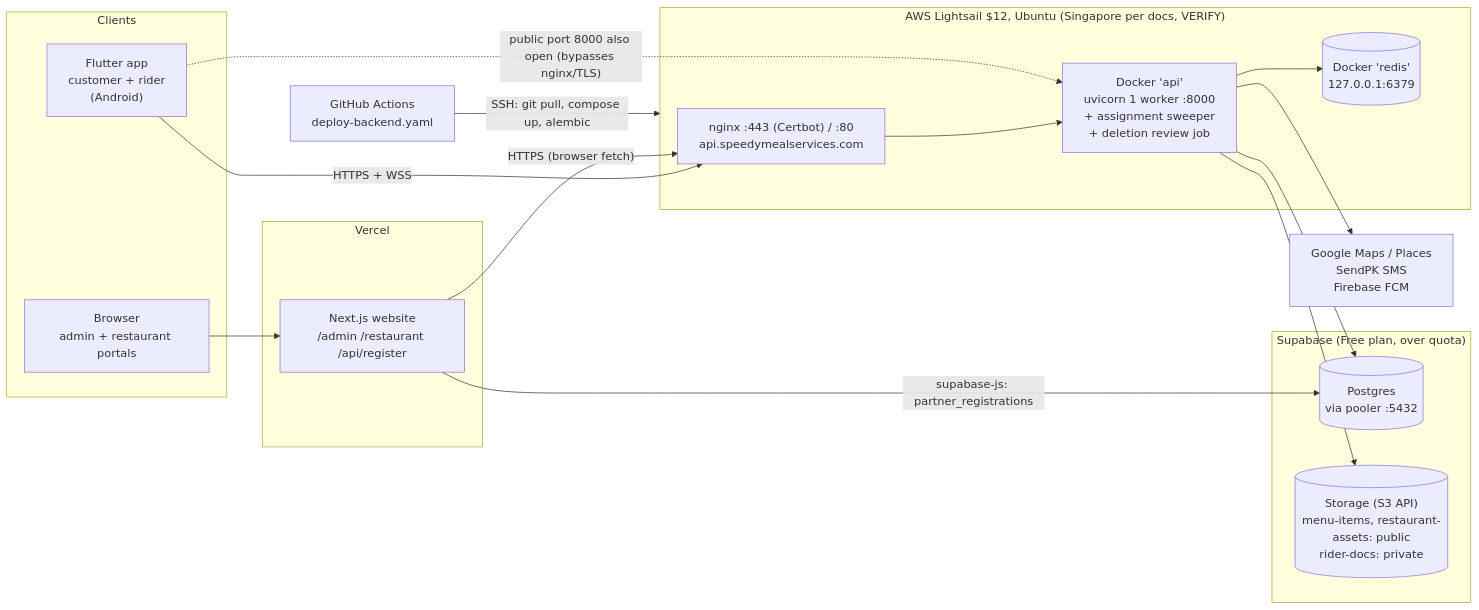
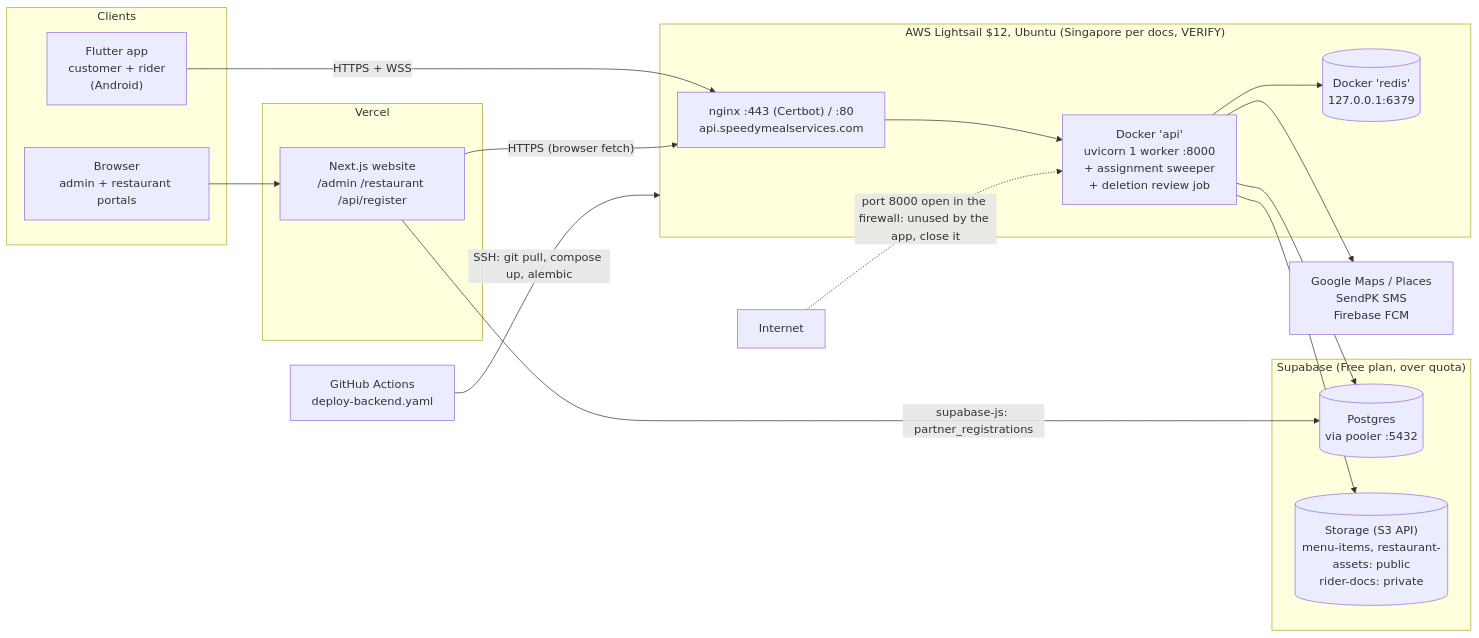
Before and after one commit to studenttoanalyst/speedymeals: the diagram in docs/onboarding/DEVOPS_ONBOARDING.md, drawn with Mermaid. The commit also changed other lines of this file and 3 other files, not shown here.

````diff
--- a/docs/onboarding/DEVOPS_ONBOARDING.md
+++ b/docs/onboarding/DEVOPS_ONBOARDING.md
@@ -20,33 +20,33 @@
 ```mermaid
 flowchart LR
   subgraph Clients
     MA["Flutter app<br/>customer + rider<br/>(Android)"]
     WB["Browser<br/>admin + restaurant portals"]
   end
   subgraph Vercel
     WEB["Next.js website<br/>/admin /restaurant /api/register"]
   end
   subgraph LS["AWS Lightsail $12, Ubuntu (Singapore per docs, VERIFY)"]
     NGX["nginx :443 (Certbot) / :80<br/>api.speedymealservices.com"]
     API["Docker 'api'<br/>uvicorn 1 worker :8000<br/>+ assignment sweeper<br/>+ deletion review job"]
     RDS[("Docker 'redis'<br/>127.0.0.1:6379")]
   end
   subgraph Supabase["Supabase (Free plan, over quota)"]
     PG[("Postgres<br/>via pooler :5432")]
     ST[("Storage (S3 API)<br/>menu-items, restaurant-assets: public<br/>rider-docs: private")]
   end
   GH["GitHub Actions<br/>deploy-backend.yaml"]
   EXT["Google Maps / Places<br/>SendPK SMS<br/>Firebase FCM"]
 
   MA -- "HTTPS + WSS" --> NGX
   WB --> WEB
   WEB -- "HTTPS (browser fetch)" --> NGX
   WEB -- "supabase-js: partner_registrations" --> PG
   NGX --> API
   API --> RDS
   API --> PG
   API --> ST
   API --> EXT
   GH -- "SSH: git pull, compose up, alembic" --> LS
-  MA -. "public port 8000 also open (bypasses nginx/TLS)" .-> API
+  INET["Internet"] -. "port 8000 open in the firewall: unused by the app, close it" .-> API
 ```
````
